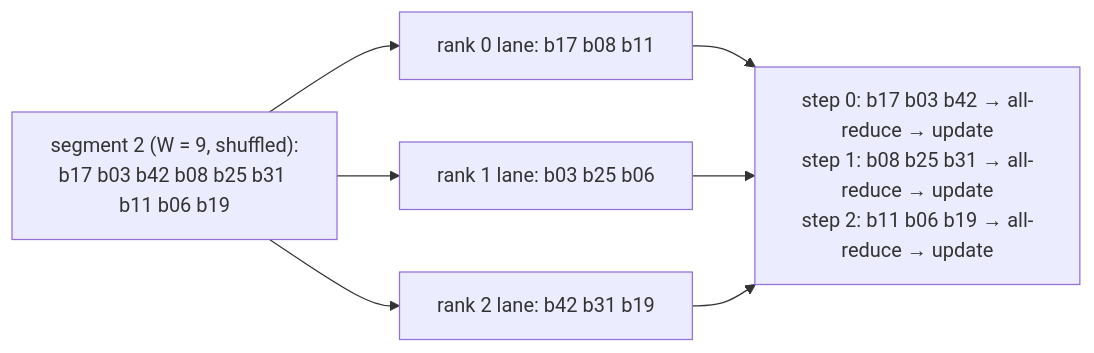
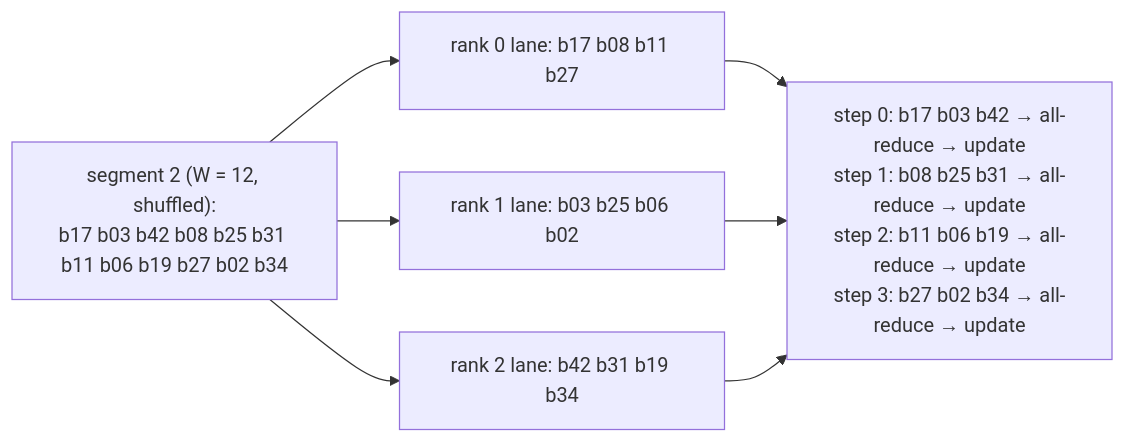
One commit to rahuldave/distrainer changed the eighth of 11 diagrams in docs/introduction.md. Above: the diagram before and after it, drawn with Mermaid. The commit also changed other lines of this file and 2 other files, not shown here.

First line of the commit message:
Docs: worked-example diagrams with a "Reading the diagram" note under each

````diff
--- a/docs/introduction.md
+++ b/docs/introduction.md
@@ -215,10 +229,10 @@
 ```mermaid
 flowchart LR
-  seg["segment 2 (W = 9, shuffled):<br/>b17 b03 b42 b08 b25 b31 b11 b06 b19"]
-  seg --> r0["rank 0 lane: b17 b08 b11"]
-  seg --> r1["rank 1 lane: b03 b25 b06"]
-  seg --> r2["rank 2 lane: b42 b31 b19"]
-  r0 --> s["step 0: b17 b03 b42 → all-reduce → update<br/>step 1: b08 b25 b31 → all-reduce → update<br/>step 2: b11 b06 b19 → all-reduce → update"]
+  seg["segment 2 (W = 12, shuffled):<br/>b17 b03 b42 b08 b25 b31 b11 b06 b19 b27 b02 b34"]
+  seg --> r0["rank 0 lane: b17 b08 b11 b27"]
+  seg --> r1["rank 1 lane: b03 b25 b06 b02"]
+  seg --> r2["rank 2 lane: b42 b31 b19 b34"]
+  r0 --> s["step 0: b17 b03 b42 → all-reduce → update<br/>step 1: b08 b25 b31 → all-reduce → update<br/>step 2: b11 b06 b19 → all-reduce → update<br/>step 3: b27 b02 b34 → all-reduce → update"]
   r1 --> s
   r2 --> s
 ```
````
